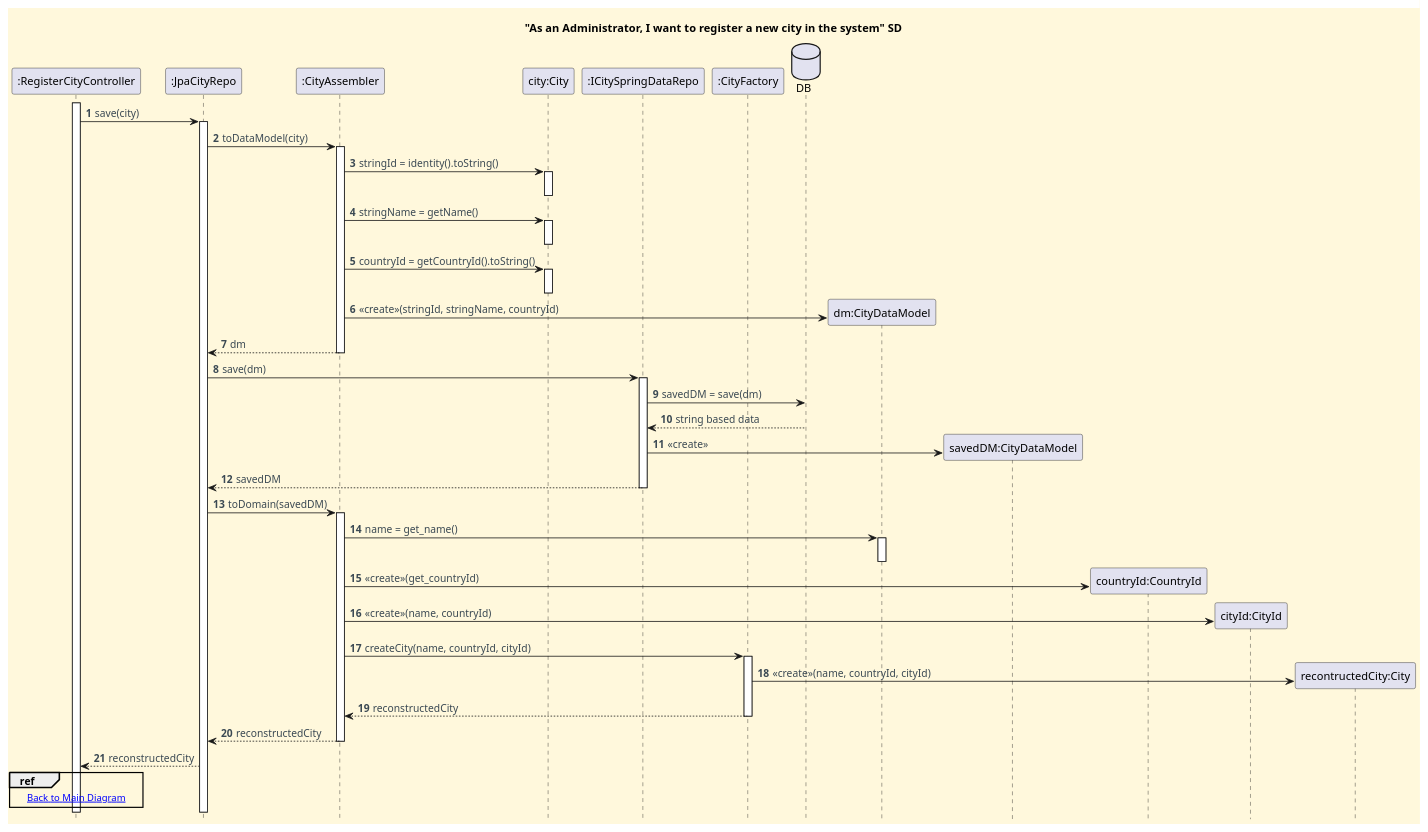
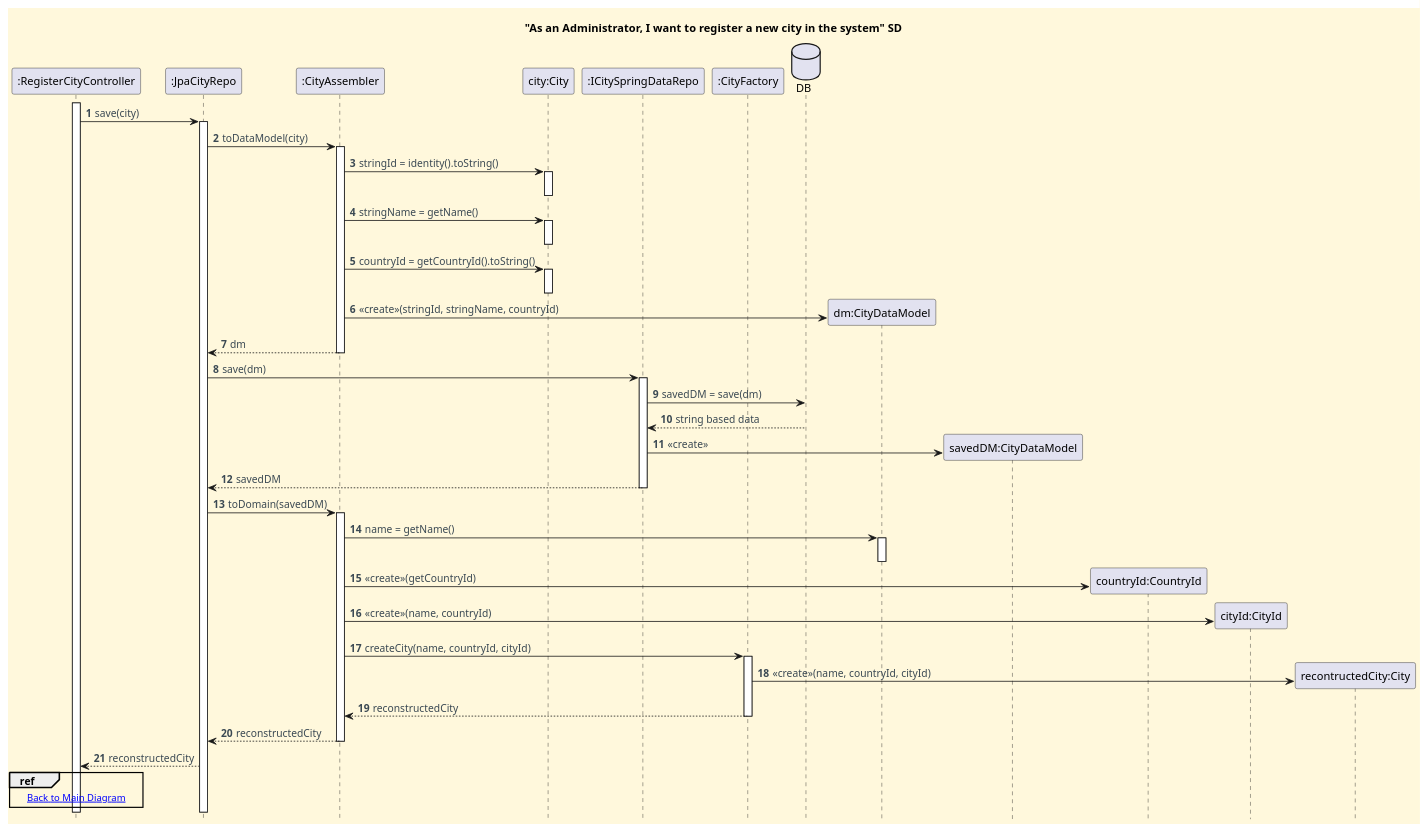
The diagram in docs/functionalities/admin/register-city/sd-ref-diagrams/Save_City.puml (CarolinaLeite-collab/JavaMarketplacePlatform), drawn with PlantUML before and after one commit.

Commit message:
docs: fix method name on SD #742

```diff
--- a/docs/functionalities/admin/register-city/sd-ref-diagrams/Save_City.puml
+++ b/docs/functionalities/admin/register-city/sd-ref-diagrams/Save_City.puml
@@ -1,81 +1,81 @@
 @startuml
 '==== Title ====
 title "As an Administrator, I want to register a new city in the system" SD
 
 '==== basic style ====
 skinparam monochrome false
 skinparam shadowing false
 skinparam defaultFontName Futura
 skinparam objectFontSize 20
 skinparam backgroundColor CornSilk
 skinparam objectBackgroundColor WhiteSmoke
 skinparam noteBackgroundColor #FFFFE0
 skinparam ArrowFontColor #3B4953
 skinparam ActivationBackgroundColor black
 hidefootbox
 autonumber
 
 participant ":RegisterCityController" as CTL
 participant ":JpaCityRepo" as JPA
 participant ":CityAssembler" as CASS
 participant "city:City" as CITY
 participant ":ICitySpringDataRepo" as SDREPO
 participant ":CityFactory" as FACTORY
 database "DB" as DB
 
 activate CTL
 CTL -> JPA : save(city)
 activate JPA
 JPA -> CASS : toDataModel(city)
 activate CASS
 CASS -> CITY : stringId = identity().toString()
 activate CITY
 deactivate CITY
 CASS -> CITY : stringName = getName()
 activate CITY
 deactivate CITY
 CASS -> CITY : countryId = getCountryId().toString()
 activate CITY
 deactivate CITY
 create "dm:CityDataModel"
 CASS -> "dm:CityDataModel" : <<create>>(stringId, stringName, countryId)
 CASS --> JPA : dm
 deactivate CASS
 
 JPA -> SDREPO : save(dm)
 activate SDREPO
 SDREPO -> DB : savedDM = save(dm)
 DB --> SDREPO : string based data
 create "savedDM:CityDataModel"
 SDREPO -> "savedDM:CityDataModel" : <<create>>
 SDREPO --> JPA : savedDM
 deactivate SDREPO
 
 JPA -> CASS : toDomain(savedDM)
 activate CASS
-CASS -> "dm:CityDataModel" : name = get_name()
+CASS -> "dm:CityDataModel" : name = getName()
 activate "dm:CityDataModel"
 deactivate "dm:CityDataModel"
 create "countryId:CountryId"
-CASS -> "countryId:CountryId" : <<create>>(get_countryId)
+CASS -> "countryId:CountryId" : <<create>>(getCountryId)
 create "cityId:CityId"
 CASS -> "cityId:CityId" : <<create>>(name, countryId)
 CASS -> FACTORY : createCity(name, countryId, cityId)
 create "recontructedCity:City"
 activate FACTORY
 FACTORY -> "recontructedCity:City" : <<create>>(name, countryId, cityId)
 FACTORY --> CASS : reconstructedCity
 deactivate FACTORY
 CASS --> JPA : reconstructedCity
 deactivate CASS
 JPA --> CTL : reconstructedCity
 
 ref over CTL
 [[../Register_City_SD.puml Back to Main Diagram]]
 end ref
 
 
 
 
 
 @enduml
```
